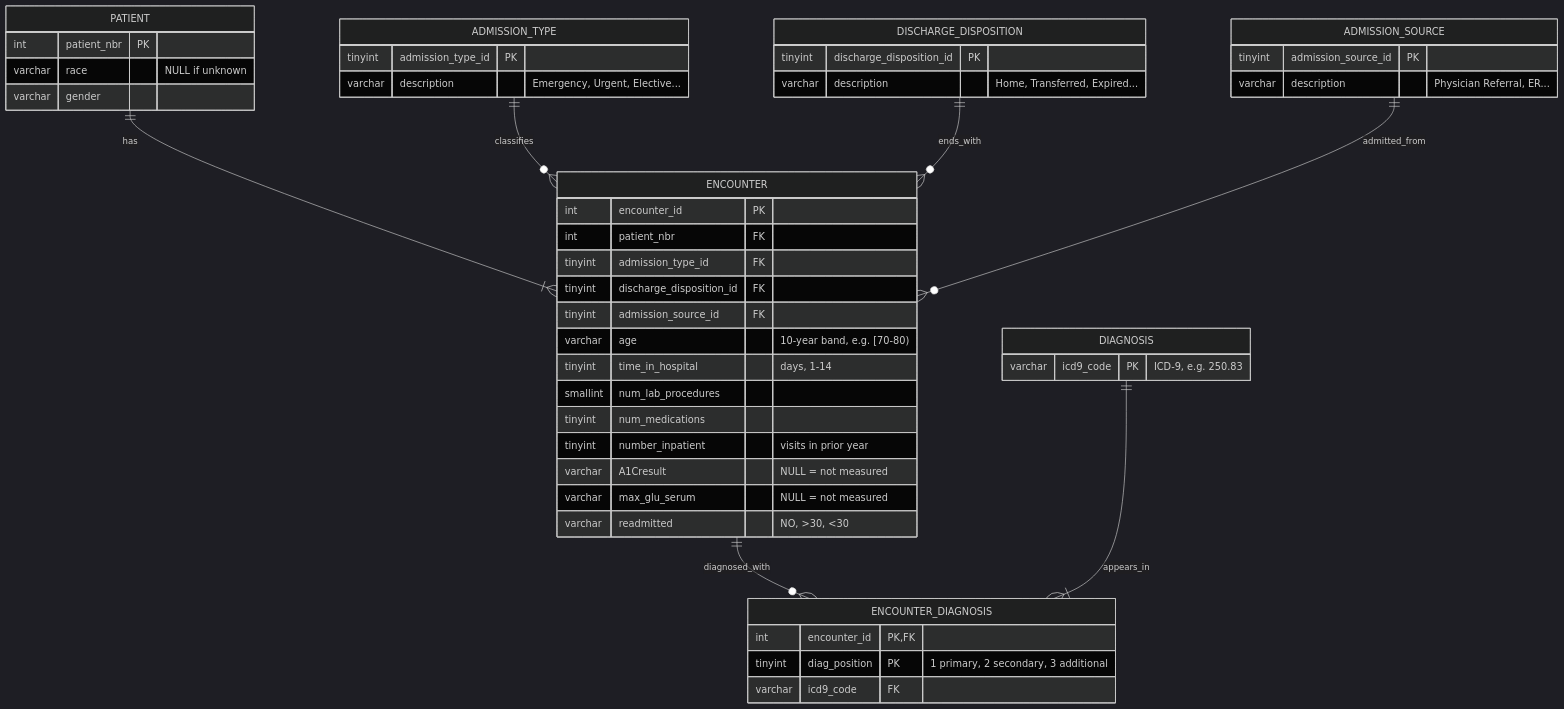
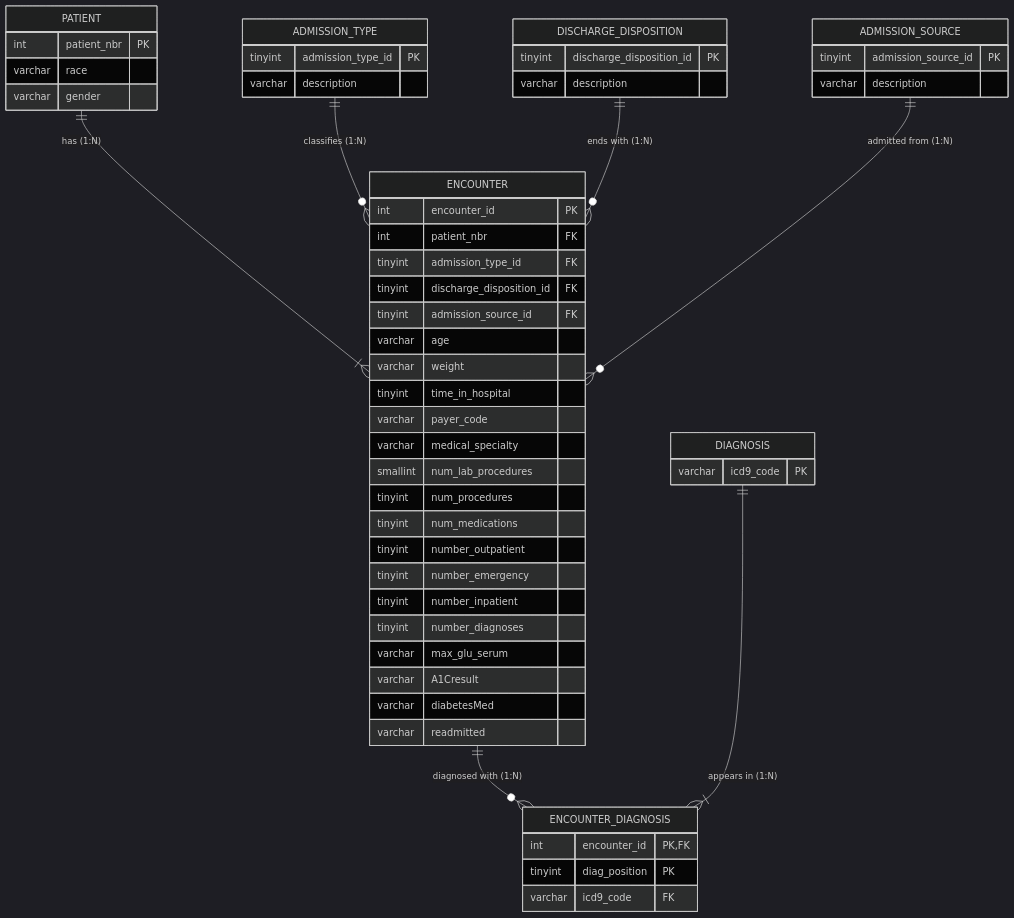
The diagram in README.md (mia-elena/hospital-diabetes-analysis), drawn with Mermaid (dark theme) before and after one commit. The commit also changed other lines of this file and 6 other files, not shown here.

Commit message:
Crow's foot ERD for implementation; split normalization into Original, 1NF, 2NF

````diff
--- a/README.md
+++ b/README.md
@@ -158,56 +135,58 @@
 ```mermaid
 erDiagram
+    PATIENT ||--|{ ENCOUNTER : "has (1:N)"
+    ADMISSION_TYPE ||--o{ ENCOUNTER : "classifies (1:N)"
+    DISCHARGE_DISPOSITION ||--o{ ENCOUNTER : "ends with (1:N)"
+    ADMISSION_SOURCE ||--o{ ENCOUNTER : "admitted from (1:N)"
+    ENCOUNTER ||--o{ ENCOUNTER_DIAGNOSIS : "diagnosed with (1:N)"
+    DIAGNOSIS ||--|{ ENCOUNTER_DIAGNOSIS : "appears in (1:N)"
+
     PATIENT {
         int patient_nbr PK
-        varchar race "NULL if unknown"
+        varchar race
         varchar gender
     }
-
     ENCOUNTER {
         int encounter_id PK
         int patient_nbr FK
         tinyint admission_type_id FK
         tinyint discharge_disposition_id FK
         tinyint admission_source_id FK
-        varchar age "10-year band, e.g. [70-80)"
-        tinyint time_in_hospital "days, 1-14"
+        varchar age
+        varchar weight
+        tinyint time_in_hospital
+        varchar payer_code
+        varchar medical_specialty
         smallint num_lab_procedures
+        tinyint num_procedures
         tinyint num_medications
-        tinyint number_inpatient "visits in prior year"
-        varchar A1Cresult "NULL = not measured"
-        varchar max_glu_serum "NULL = not measured"
-        varchar readmitted "NO, >30, <30"
+        tinyint number_outpatient
+        tinyint number_emergency
+        tinyint number_inpatient
+        tinyint number_diagnoses
+        varchar max_glu_serum
+        varchar A1Cresult
+        varchar diabetesMed
+        varchar readmitted
     }
-
     ENCOUNTER_DIAGNOSIS {
         int encounter_id PK, FK
-        tinyint diag_position PK "1 primary, 2 secondary, 3 additional"
+        tinyint diag_position PK
         varchar icd9_code FK
     }
-
     DIAGNOSIS {
-        varchar icd9_code PK "ICD-9, e.g. 250.83"
+        varchar icd9_code PK
     }
-
     ADMISSION_TYPE {
         tinyint admission_type_id PK
-        varchar description "Emergency, Urgent, Elective..."
+        varchar description
     }
-
     DISCHARGE_DISPOSITION {
         tinyint discharge_disposition_id PK
-        varchar description "Home, Transferred, Expired..."
+        varchar description
     }
-
     ADMISSION_SOURCE {
         tinyint admission_source_id PK
-        varchar description "Physician Referral, ER..."
+        varchar description
     }
-
-    PATIENT ||--|{ ENCOUNTER : "has"
-    ADMISSION_TYPE ||--o{ ENCOUNTER : "classifies"
-    DISCHARGE_DISPOSITION ||--o{ ENCOUNTER : "ends_with"
-    ADMISSION_SOURCE ||--o{ ENCOUNTER : "admitted_from"
-    ENCOUNTER ||--o{ ENCOUNTER_DIAGNOSIS : "diagnosed_with"
-    DIAGNOSIS ||--|{ ENCOUNTER_DIAGNOSIS : "appears_in"
 ```
````
